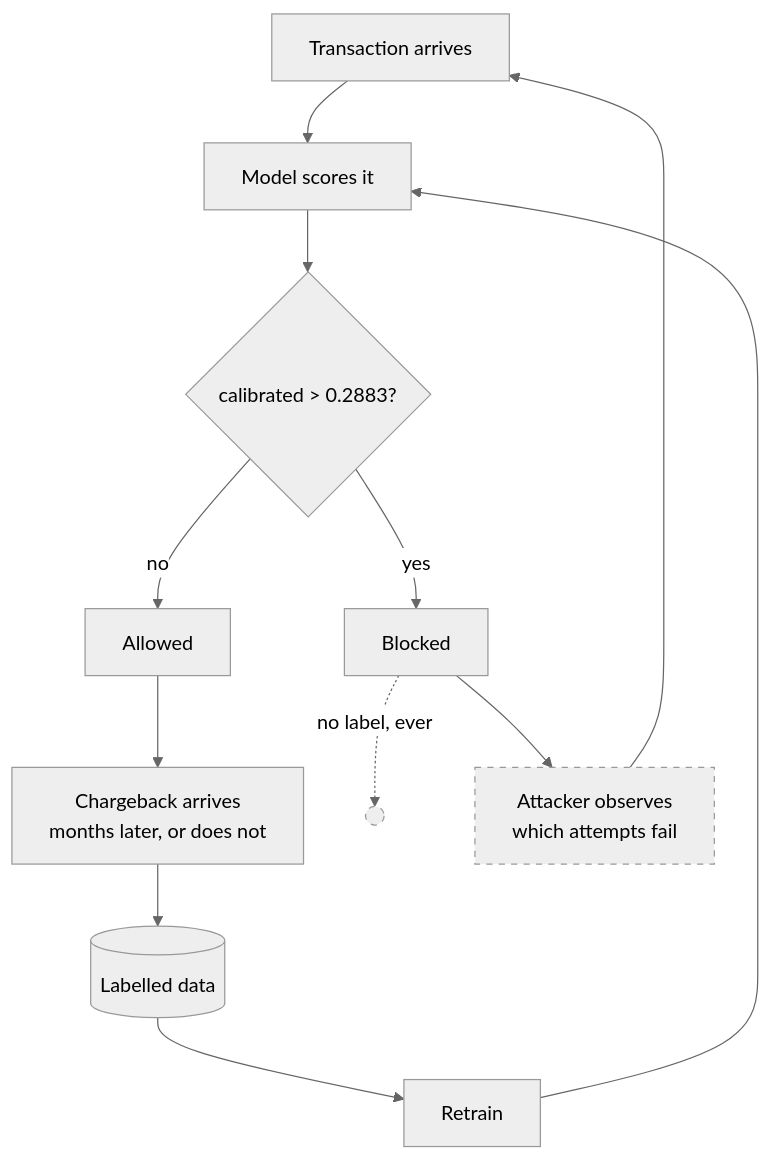
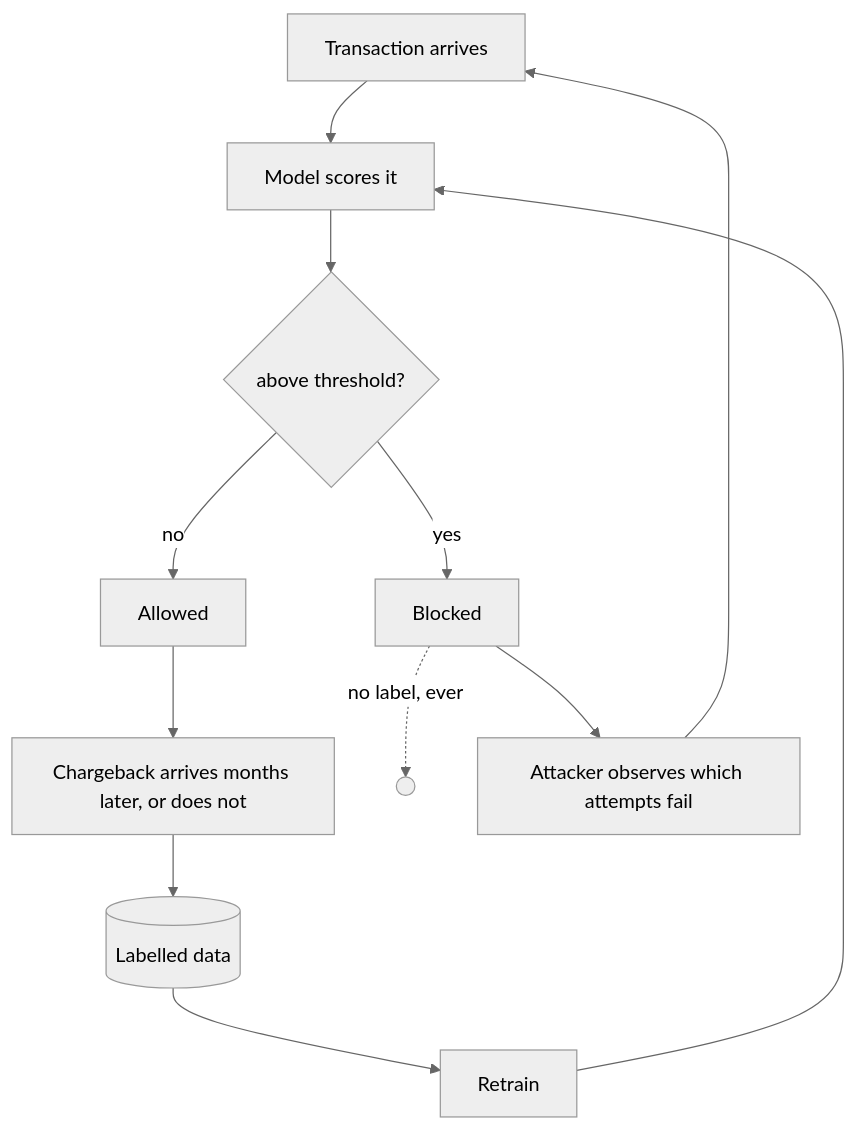
One commit to jjabuk/fraud-detection-mlops changed the diagram in docs/adversarial-drift.md. Above: the diagram before and after it, drawn with Mermaid (neutral theme). The commit also changed other lines of this file and 14 other files, not shown here.

````diff
--- a/docs/adversarial-drift.md
+++ b/docs/adversarial-drift.md
@@ -53,17 +36,14 @@
 ```mermaid
 graph TD
     TX[Transaction arrives] --> SCORE[Model scores it]
-    SCORE --> DEC{calibrated > 0.2883?}
+    SCORE --> DEC{above threshold?}
     DEC -->|yes| BLOCK[Blocked]
     DEC -->|no| ALLOW[Allowed]
-    ALLOW --> CB[Chargeback arrives<br/>months later, or does not]
+    ALLOW --> CB[Chargeback arrives months later, or does not]
     CB --> LABEL[(Labelled data)]
     LABEL --> TRAIN[Retrain]
     TRAIN --> SCORE
-    BLOCK -.->|no label, ever| VOID((  ))
-    BLOCK --> ADV[Attacker observes<br/>which attempts fail]
+    BLOCK -.->|no label, ever| VOID(( ))
+    BLOCK --> ADV[Attacker observes which attempts fail]
     ADV --> TX
-
-    classDef gap stroke-dasharray: 5 5
-    class VOID,ADV gap
 ```
````
